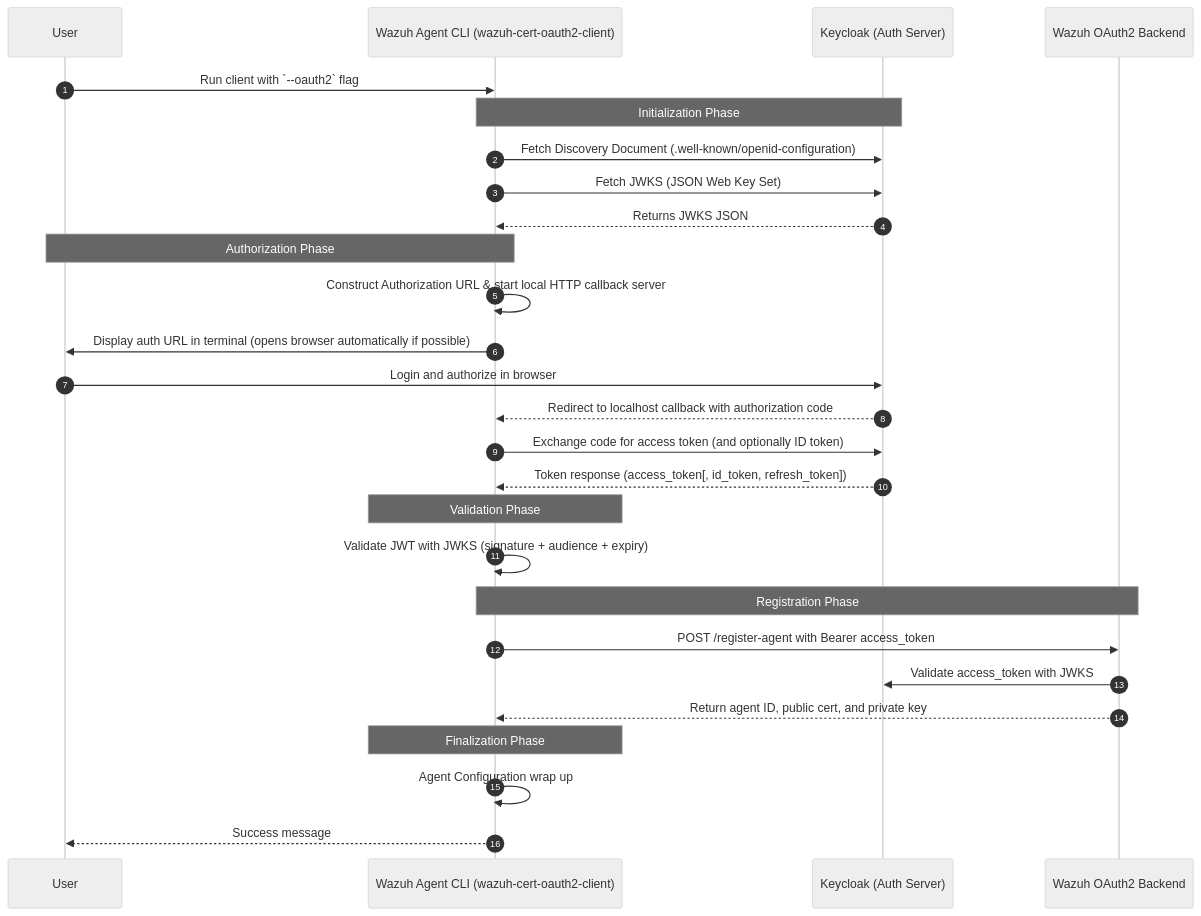
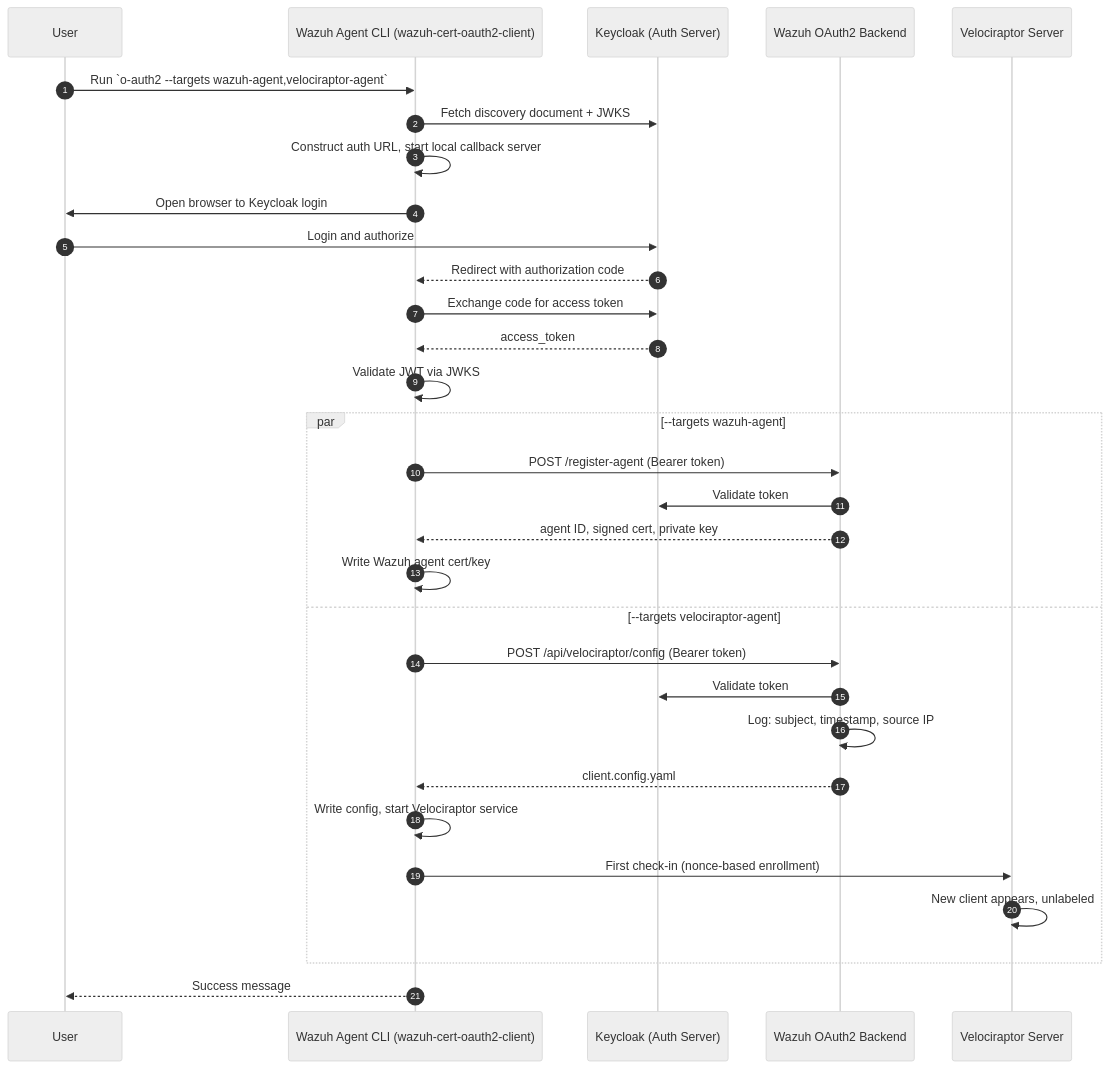
One commit to ADORSYS-GIS/wazuh-cert-oauth2 changed the first of 6 diagrams in docs/architecture.md. Above: the diagram before and after it, drawn with Mermaid (neutral theme). The commit also changed other lines of this file, not shown here.

Commit message:
chore(docs): Update architecture documentation to include Velociraptor client configuration and eviction details

````diff
--- a/docs/architecture.md
+++ b/docs/architecture.md
@@ -20,43 +21,37 @@
 ```mermaid
 sequenceDiagram
     autonumber
 
     participant User as User
     participant AgentClient as Wazuh Agent CLI (wazuh-cert-oauth2-client)
     participant Keycloak as Keycloak (Auth Server)
     participant WazuhAPI as Wazuh OAuth2 Backend
+    participant VeloServer as Velociraptor Server
 
-    User->>AgentClient: Run client with `--oauth2` flag
+    User->>AgentClient: Run `o-auth2 --targets wazuh-agent,velociraptor-agent`
+    AgentClient->>Keycloak: Fetch discovery document + JWKS
+    AgentClient->>AgentClient: Construct auth URL, start local callback server
+    AgentClient->>User: Open browser to Keycloak login
+    User->>Keycloak: Login and authorize
+    Keycloak-->>AgentClient: Redirect with authorization code
+    AgentClient->>Keycloak: Exchange code for access token
+    Keycloak-->>AgentClient: access_token
+    AgentClient->>AgentClient: Validate JWT via JWKS
 
-    Note over AgentClient,Keycloak: Initialization Phase
-
-    AgentClient->>Keycloak: Fetch Discovery Document (.well-known/openid-configuration)
-    AgentClient->>Keycloak: Fetch JWKS (JSON Web Key Set)
-    Keycloak-->>AgentClient: Returns JWKS JSON
-
-    Note over User,AgentClient: Authorization Phase
-
-    AgentClient->>AgentClient: Construct Authorization URL & start local HTTP callback server
-    AgentClient->>User: Display auth URL in terminal (opens browser automatically if possible)
-    User->>Keycloak: Login and authorize in browser
-    Keycloak-->>AgentClient: Redirect to localhost callback with authorization code
-
-    AgentClient->>Keycloak: Exchange code for access token (and optionally ID token)
-    Keycloak-->>AgentClient: Token response (access_token[, id_token, refresh_token])
-
-    Note over AgentClient: Validation Phase
-
-    AgentClient->>AgentClient: Validate JWT with JWKS (signature + audience + expiry)
-
-    Note over AgentClient,WazuhAPI: Registration Phase
-
-    AgentClient->>WazuhAPI: POST /register-agent with Bearer access_token
-    WazuhAPI->>Keycloak: Validate access_token with JWKS
-    WazuhAPI-->>AgentClient: Return agent ID, public cert, and private key
-
-    Note over AgentClient: Finalization Phase
-
-    AgentClient->>AgentClient: Agent Configuration wrap up
+    par --targets wazuh-agent
+        AgentClient->>WazuhAPI: POST /register-agent (Bearer token)
+        WazuhAPI->>Keycloak: Validate token
+        WazuhAPI-->>AgentClient: agent ID, signed cert, private key
+        AgentClient->>AgentClient: Write Wazuh agent cert/key
+    and --targets velociraptor-agent
+        AgentClient->>WazuhAPI: POST /api/velociraptor/config (Bearer token)
+        WazuhAPI->>Keycloak: Validate token
+        WazuhAPI->>WazuhAPI: Log: subject, timestamp, source IP
+        WazuhAPI-->>AgentClient: client.config.yaml
+        AgentClient->>AgentClient: Write config, start Velociraptor service
+        AgentClient->>VeloServer: First check-in (nonce-based enrollment)
+        VeloServer->>VeloServer: New client appears, unlabeled
+    end
 
     AgentClient-->>User: Success message
 ```
````
